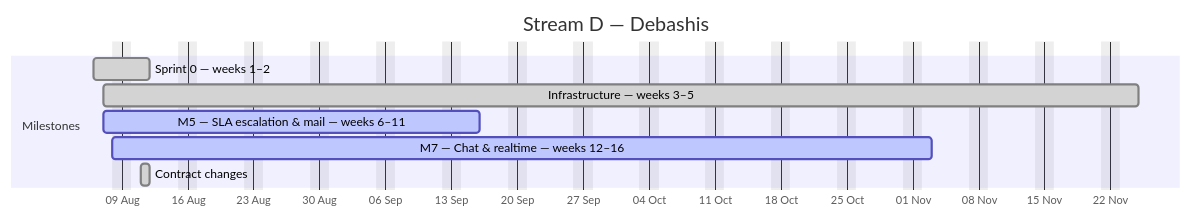
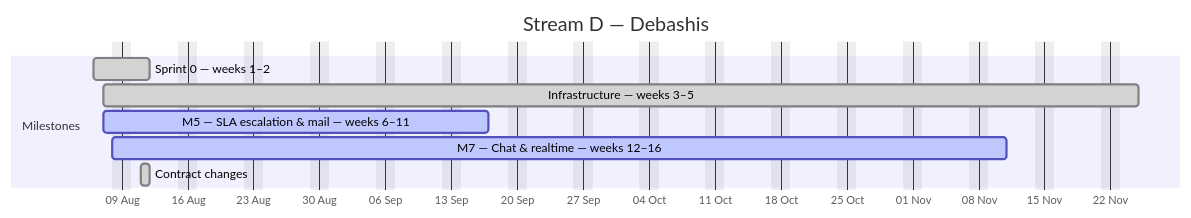
Before and after one commit to debashisedunext/EduTrack: the fourth of 4 diagrams in docs/plan/GANTT.md, drawn with Mermaid. The commit also changed other lines of this file and 4 other files, not shown here.

````diff
--- a/docs/plan/GANTT.md
+++ b/docs/plan/GANTT.md
@@ -170,13 +170,13 @@
 ```mermaid
 gantt
     dateFormat YYYY-MM-DD
     axisFormat %d %b
     title Stream D — Debashis
     excludes weekends
     section Milestones
     Sprint 0 — weeks 1–2 :done, d0, 2026-08-06, 4d
     Infrastructure — weeks 3–5 :done, d1, 2026-08-07, 78d
-    M5 — SLA  escalation & mail — weeks 6–11 :active, d2, 2026-08-07, 28d
-    M7 — Chat & realtime — weeks 12–16 :active, d3, 2026-08-08, 62d
+    M5 — SLA  escalation & mail — weeks 6–11 :active, d2, 2026-08-07, 29d
+    M7 — Chat & realtime — weeks 12–16 :active, d3, 2026-08-08, 68d
     Contract changes :done, d4, 2026-08-11, 1d
 ```
````
